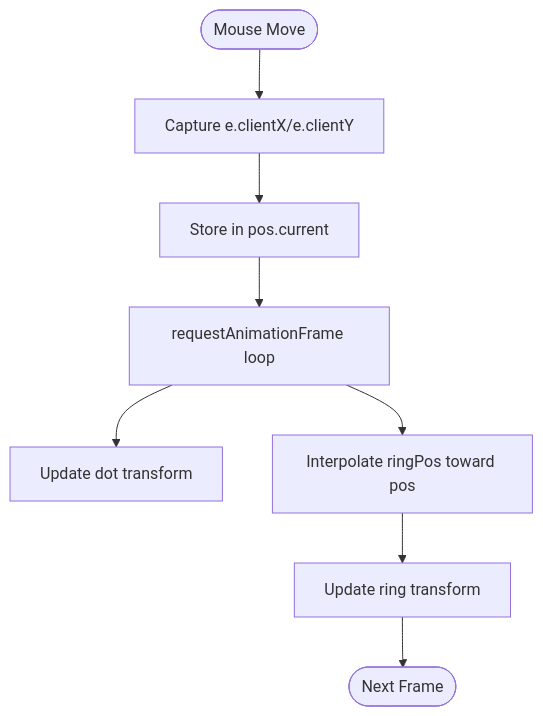
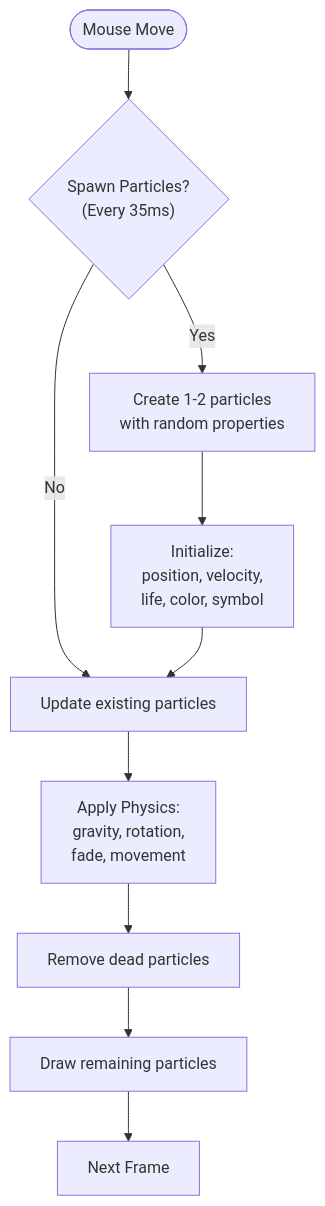
One commit to emaanfatima312005-wq/emaan-portfolio changed the third of 5 diagrams in .qoder/repowiki/en/content/Core Components/Custom Cursor Component.md. Above: the diagram before and after it, drawn with Mermaid. The commit also changed other lines of this file and 59 other files, not shown here.

````diff
--- a/.qoder/repowiki/en/content/Core Components/Custom Cursor Component.md
+++ b/.qoder/repowiki/en/content/Core Components/Custom Cursor Component.md
@@ -105,10 +111,12 @@
 ```mermaid
 flowchart TD
-Start(["Mouse Move"]) --> Capture["Capture e.clientX/e.clientY"]
-Capture --> Store["Store in pos.current"]
-Store --> Animate["requestAnimationFrame loop"]
-Animate --> UpdateDot["Update dot transform"]
-Animate --> Interpolate["Interpolate ringPos toward pos"]
-Interpolate --> UpdateRing["Update ring transform"]
-UpdateRing --> End(["Next Frame"])
+Start(["Mouse Move"]) --> Spawn{"Spawn Particles?<br/>(Every 35ms)"}
+Spawn --> |Yes| Create["Create 1-2 particles<br/>with random properties"]
+Spawn --> |No| Update["Update existing particles"]
+Create --> Init["Initialize:<br/>position, velocity,<br/>life, color, symbol"]
+Init --> Update
+Update --> Physics["Apply Physics:<br/>gravity, rotation,<br/>fade, movement"]
+Physics --> Filter["Remove dead particles"]
+Filter --> Render["Draw remaining particles"]
+Render --> Next["Next Frame"]
 ```
````
